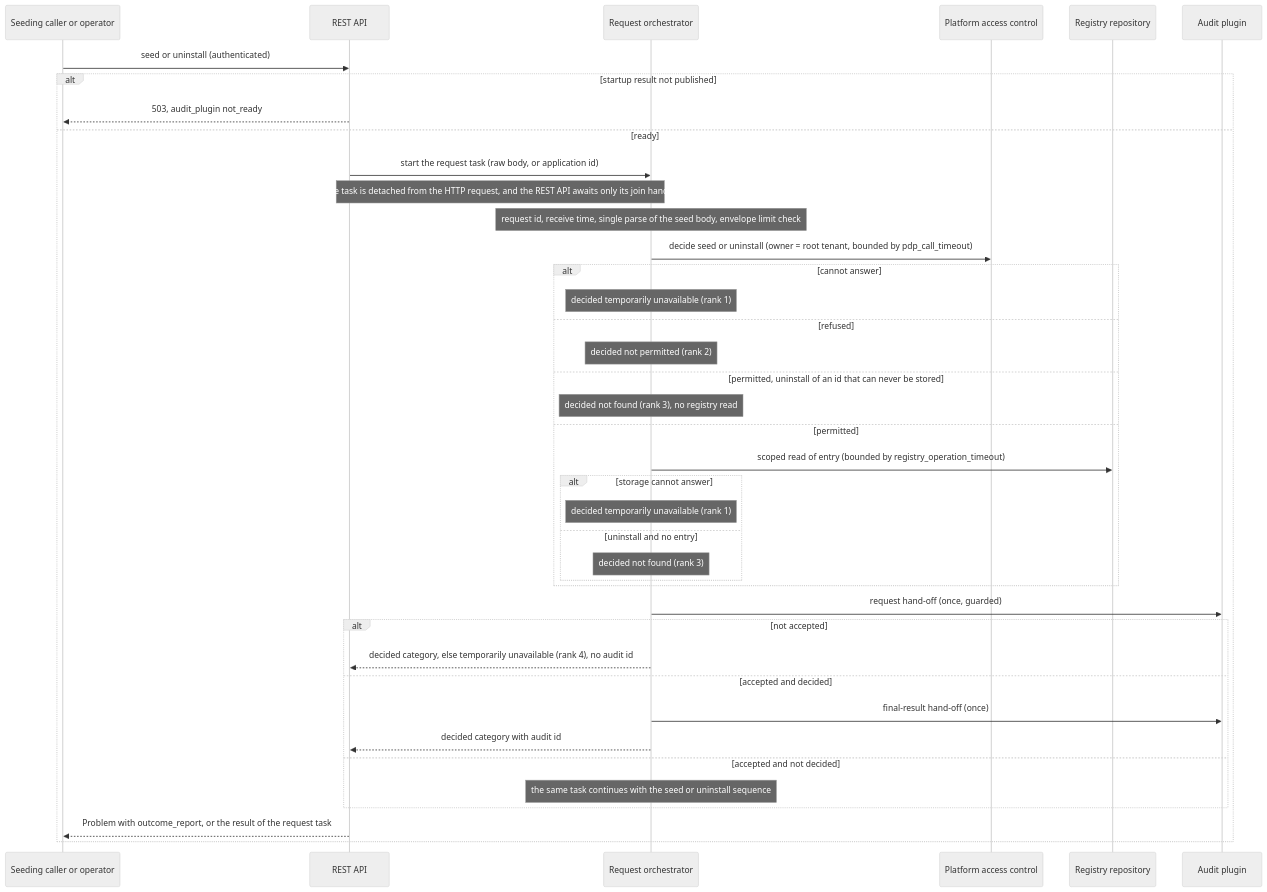
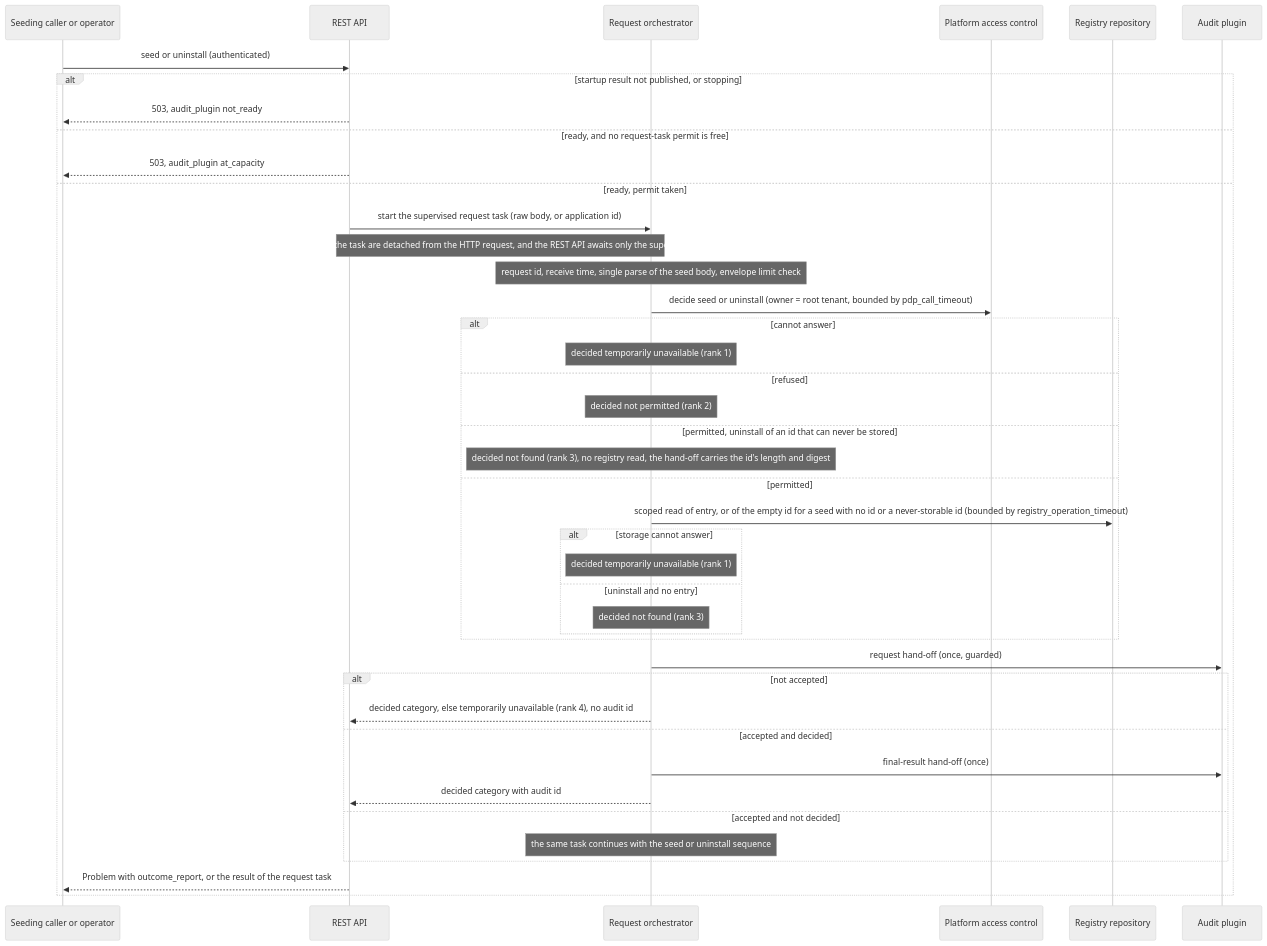
One commit to constructorfabric/gears-rust changed the fourth of 9 diagrams in gears/system/application-manager/docs/DESIGN.md. Above: the diagram before and after it, drawn with Mermaid (neutral theme). The commit also changed other lines of this file and 1 other file, not shown here.

Commit message:
docs(application-manager): rework DESIGN; add startup retry to PRD

````diff
--- a/gears/system/application-manager/docs/DESIGN.md
+++ b/gears/system/application-manager/docs/DESIGN.md
@@ -964,42 +1004,44 @@
 ```mermaid
 sequenceDiagram
     participant C as Seeding caller or operator
     participant API as REST API
     participant O as Request orchestrator
     participant PDP as Platform access control
     participant R as Registry repository
     participant A as Audit plugin
     C ->> API: seed or uninstall (authenticated)
-    alt startup result not published
+    alt startup result not published, or stopping
         API -->> C: 503, audit_plugin not_ready
-    else ready
-        API ->> O: start the request task (raw body, or application id)
-        Note over API,O: the task is detached from the HTTP request, and the REST API awaits only its join handle
+    else ready, and no request-task permit is free
+        API -->> C: 503, audit_plugin at_capacity
+    else ready, permit taken
+        API ->> O: start the supervised request task (raw body, or application id)
+        Note over API,O: the supervisor and the task are detached from the HTTP request, and the REST API awaits only the supervisor's join handle
         Note over O: request id, receive time, single parse of the seed body, envelope limit check
         O ->> PDP: decide seed or uninstall (owner = root tenant, bounded by pdp_call_timeout)
         alt cannot answer
             Note over O: decided temporarily unavailable (rank 1)
         else refused
             Note over O: decided not permitted (rank 2)
         else permitted, uninstall of an id that can never be stored
-            Note over O: decided not found (rank 3), no registry read
+            Note over O: decided not found (rank 3), no registry read, the hand-off carries the id's length and digest
         else permitted
-            O ->> R: scoped read of entry (bounded by registry_operation_timeout)
+            O ->> R: scoped read of entry, or of the empty id for a seed with no id or a never-storable id (bounded by registry_operation_timeout)
             alt storage cannot answer
                 Note over O: decided temporarily unavailable (rank 1)
             else uninstall and no entry
                 Note over O: decided not found (rank 3)
             end
         end
         O ->> A: request hand-off (once, guarded)
         alt not accepted
             O -->> API: decided category, else temporarily unavailable (rank 4), no audit id
         else accepted and decided
             O ->> A: final-result hand-off (once)
             O -->> API: decided category with audit id
         else accepted and not decided
             Note over O: the same task continues with the seed or uninstall sequence
         end
         API -->> C: Problem with outcome_report, or the result of the request task
     end
 ```
````
